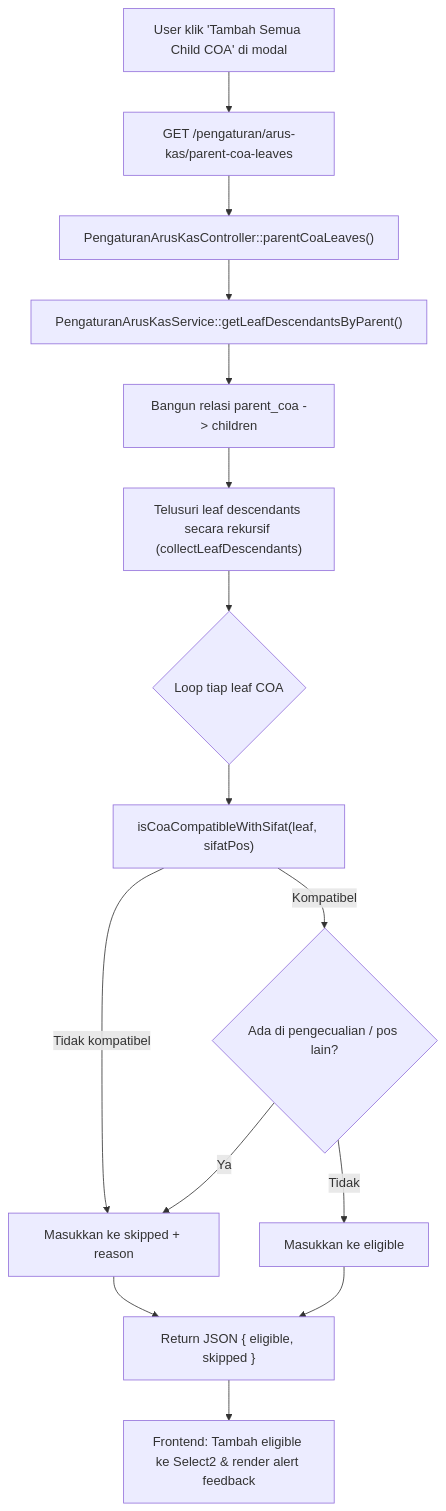
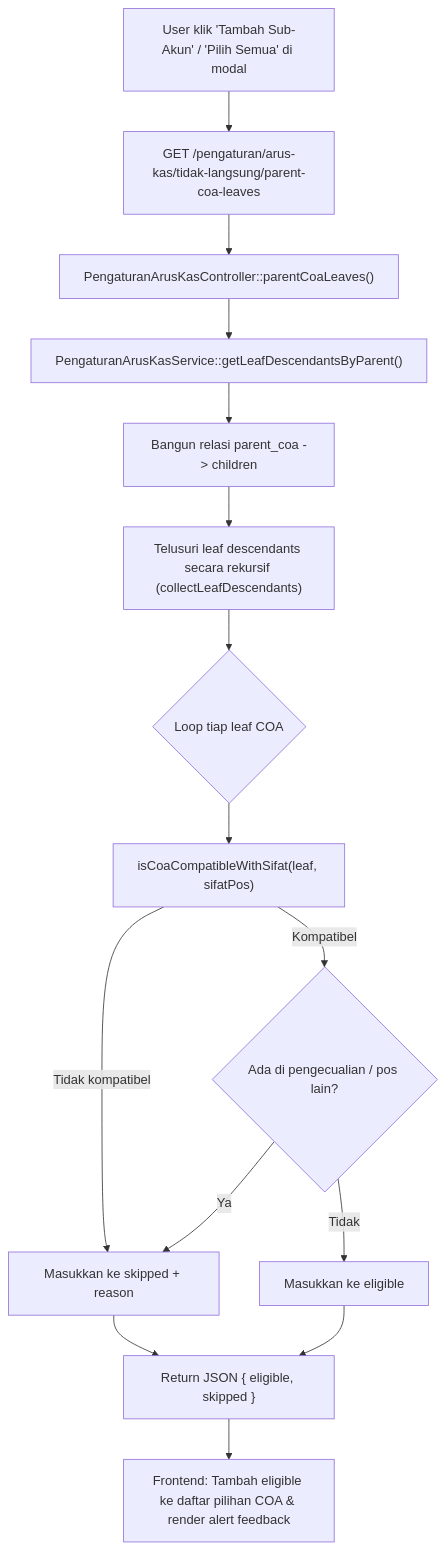
Before and after one commit to AltamaSidoarjo/laravel-siakurat-pt-smt: the seventh of 9 diagrams in dokumentasi/pengaturan-arus-kas.md, drawn with Mermaid. The commit also changed other lines of this file and 4 other files, not shown here.

Commit message:
fix(arus-kas): address whole-branch review findings and polish UI & docs

````diff
--- a/dokumentasi/pengaturan-arus-kas.md
+++ b/dokumentasi/pengaturan-arus-kas.md
@@ -430,17 +434,17 @@
 ```mermaid
 flowchart TD
-    A["User klik 'Tambah Semua Child COA' di modal"] --> B["GET /pengaturan/arus-kas/parent-coa-leaves"]
+    A["User klik 'Tambah Sub-Akun' / 'Pilih Semua' di modal"] --> B["GET /pengaturan/arus-kas/tidak-langsung/parent-coa-leaves"]
     B --> C["PengaturanArusKasController::parentCoaLeaves()"]
     C --> D["PengaturanArusKasService::getLeafDescendantsByParent()"]
     D --> E["Bangun relasi parent_coa -> children"]
     E --> F["Telusuri leaf descendants secara rekursif (collectLeafDescendants)"]
     F --> G{"Loop tiap leaf COA"}
     G --> H["isCoaCompatibleWithSifat(leaf, sifatPos)"]
     H -- Tidak kompatibel --> I["Masukkan ke skipped + reason"]
     H -- Kompatibel --> J{"Ada di pengecualian / pos lain?"}
     J -- Ya --> I
     J -- Tidak --> K["Masukkan ke eligible"]
     I --> L["Return JSON { eligible, skipped }"]
     K --> L
-    L --> M["Frontend: Tambah eligible ke Select2 & render alert feedback"]
+    L --> M["Frontend: Tambah eligible ke daftar pilihan COA & render alert feedback"]
 ```
````
